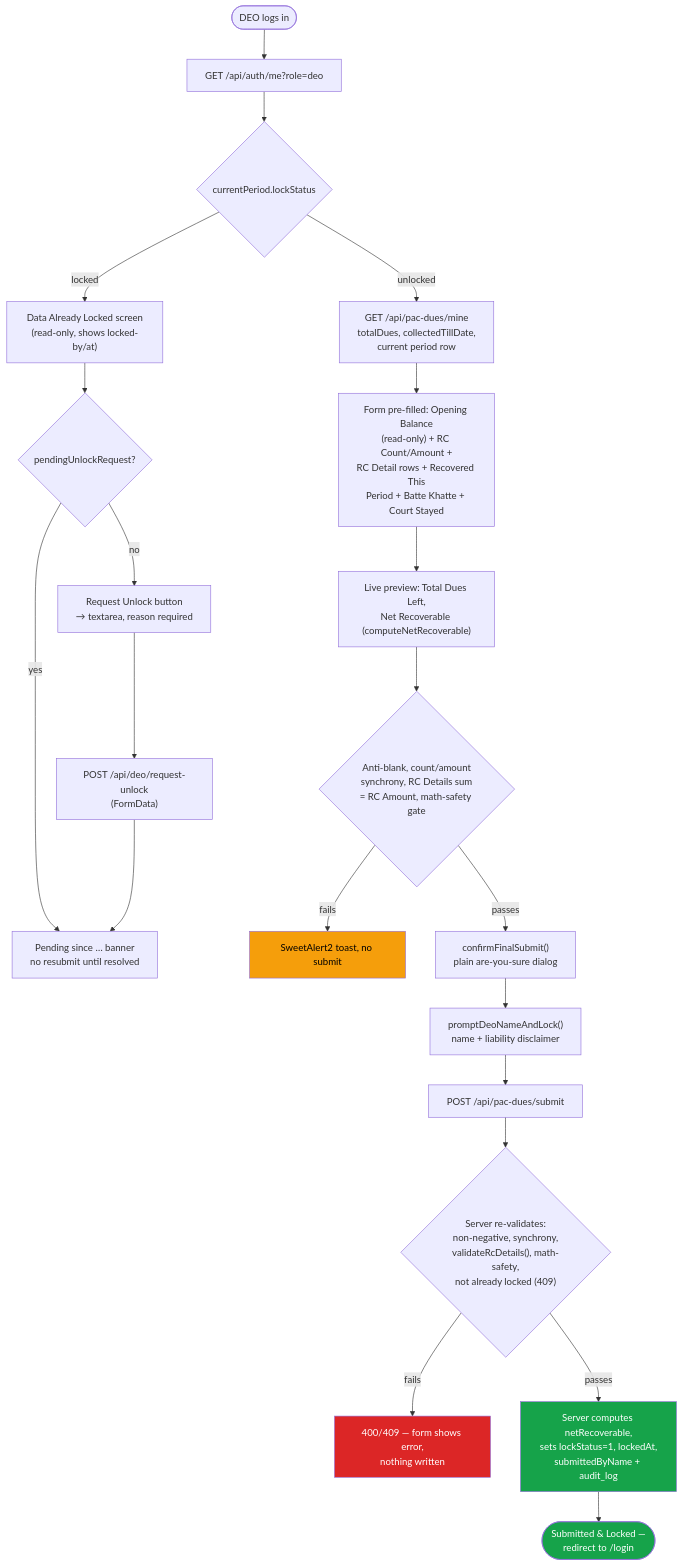
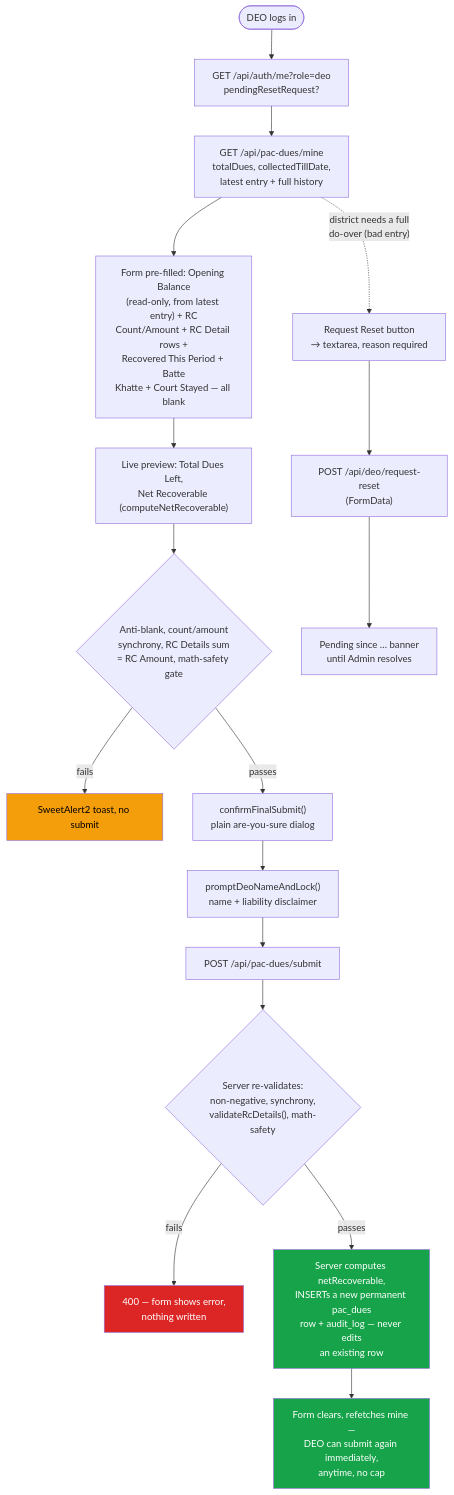
One commit to SubhanRaj/pac-recovery-portal changed the second of 3 diagrams in README.md. Above: the diagram before and after it, drawn with Mermaid. The commit also changed other lines of this file and 39 other files, not shown here.

First line of the commit message:
feat: replace monthly lock/unlock model with an append-only recovery ledger

````diff
--- a/README.md
+++ b/README.md
@@ -157,31 +166,26 @@
 ```mermaid
 flowchart TD
-    Login(["DEO logs in"]) --> Me["GET /api/auth/me?role=deo"]
-    Me --> LockCheck{"currentPeriod.lockStatus"}
-
-    LockCheck -->|"locked"| LockedScreen["Data Already Locked screen<br/>(read-only, shows locked-by/at)"]
-    LockedScreen --> PendingCheck{"pendingUnlockRequest?"}
-    PendingCheck -->|"yes"| PendingBanner["Pending since … banner<br/>no resubmit until resolved"]
-    PendingCheck -->|"no"| ReqUnlock["Request Unlock button<br/>→ textarea, reason required"]
-    ReqUnlock --> PostUnlock["POST /api/deo/request-unlock<br/>(FormData)"]
-    PostUnlock --> PendingBanner
-
-    LockCheck -->|"unlocked"| Mine["GET /api/pac-dues/mine<br/>totalDues, collectedTillDate,<br/>current period row"]
-    Mine --> Form["Form pre-filled: Opening Balance<br/>(read-only) + RC Count/Amount +<br/>RC Detail rows + Recovered This<br/>Period + Batte Khatte + Court Stayed"]
+    Login(["DEO logs in"]) --> Me["GET /api/auth/me?role=deo<br/>pendingResetRequest?"]
+    Me --> Mine["GET /api/pac-dues/mine<br/>totalDues, collectedTillDate,<br/>latest entry + full history"]
+    Mine --> Form["Form pre-filled: Opening Balance<br/>(read-only, from latest entry) + RC<br/>Count/Amount + RC Detail rows +<br/>Recovered This Period + Batte<br/>Khatte + Court Stayed — all blank"]
     Form --> LiveCalc["Live preview: Total Dues Left,<br/>Net Recoverable (computeNetRecoverable)"]
     LiveCalc --> ClientValidate{"Anti-blank, count/amount<br/>synchrony, RC Details sum<br/>= RC Amount, math-safety gate"}
     ClientValidate -->|"fails"| Toast["SweetAlert2 toast, no submit"]
     ClientValidate -->|"passes"| Confirm1["confirmFinalSubmit()<br/>plain are-you-sure dialog"]
     Confirm1 --> Confirm2["promptDeoNameAndLock()<br/>name + liability disclaimer"]
     Confirm2 --> Submit["POST /api/pac-dues/submit"]
 
-    Submit --> ServerValidate{"Server re-validates:<br/>non-negative, synchrony,<br/>validateRcDetails(), math-safety,<br/>not already locked (409)"}
-    ServerValidate -->|"fails"| Rejected["400/409 — form shows error,<br/>nothing written"]
-    ServerValidate -->|"passes"| Lock["Server computes netRecoverable,<br/>sets lockStatus=1, lockedAt,<br/>submittedByName + audit_log"]
-    Lock --> Done(["Submitted & Locked —<br/>redirect to /login"])
+    Submit --> ServerValidate{"Server re-validates:<br/>non-negative, synchrony,<br/>validateRcDetails(), math-safety"}
+    ServerValidate -->|"fails"| Rejected["400 — form shows error,<br/>nothing written"]
+    ServerValidate -->|"passes"| Insert["Server computes netRecoverable,<br/>INSERTs a new permanent pac_dues<br/>row + audit_log — never edits<br/>an existing row"]
+    Insert --> Refresh["Form clears, refetches mine —<br/>DEO can submit again immediately,<br/>anytime, no cap"]
 
-    style Lock fill:#16a34a,color:#fff
-    style Done fill:#16a34a,color:#fff
+    Mine -.->|"district needs a full<br/>do-over (bad entry)"| ReqReset["Request Reset button<br/>→ textarea, reason required"]
+    ReqReset --> PostReset["POST /api/deo/request-reset<br/>(FormData)"]
+    PostReset --> PendingBanner["Pending since … banner<br/>until Admin resolves"]
+
+    style Insert fill:#16a34a,color:#fff
+    style Refresh fill:#16a34a,color:#fff
     style Rejected fill:#dc2626,color:#fff
     style Toast fill:#f59e0b,color:#000
 ```
````
